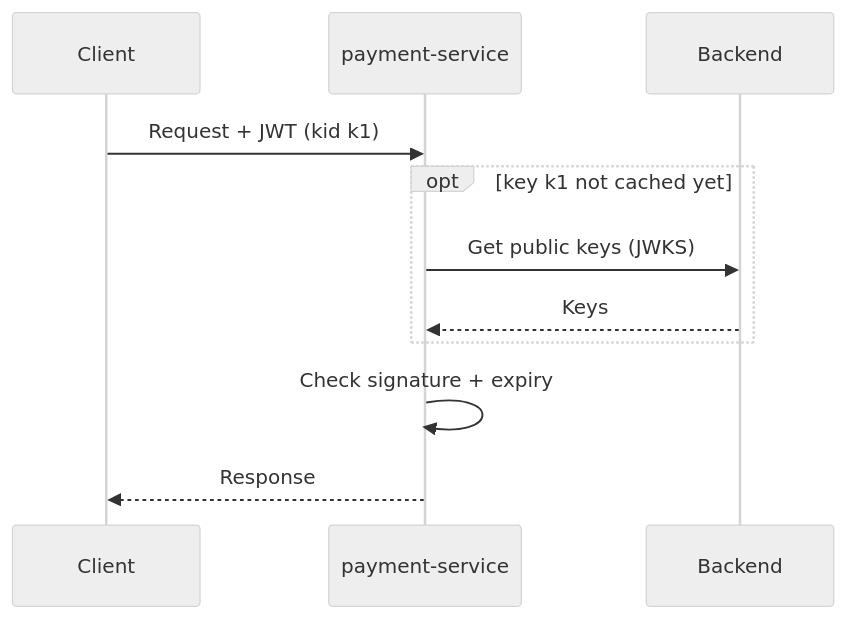
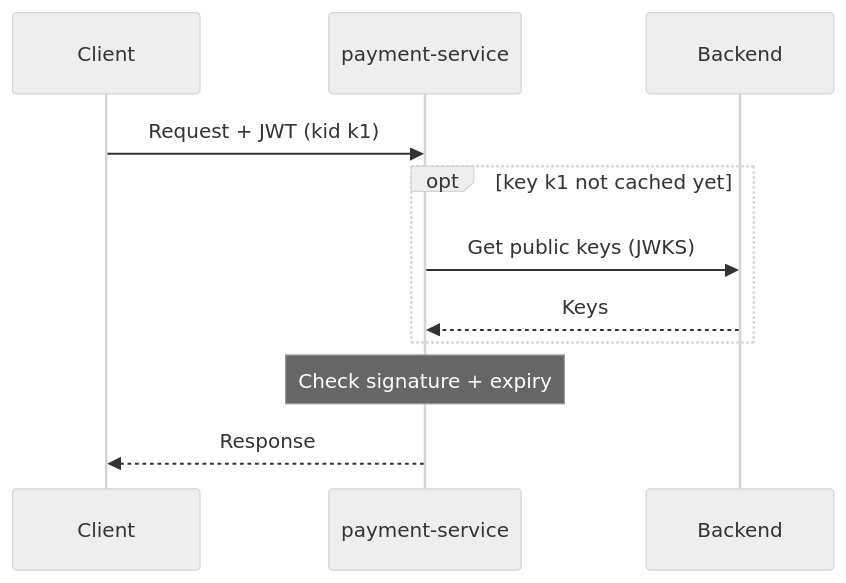
One commit to slawekradzyminski/awesome-localstack changed the diagram in docs-site/docs/architecture/auth.md. Above: the diagram before and after it, drawn with Mermaid (neutral theme). The commit also changed 19 other files, not shown here.

First line of the commit message:
Review every wiki diagram by eye and redraw the unclear ones

````diff
--- a/docs-site/docs/architecture/auth.md
+++ b/docs-site/docs/architecture/auth.md
@@ -34,13 +34,13 @@
 ```mermaid
 sequenceDiagram
     participant C as Client
     participant P as payment-service
     participant B as Backend
     C->>P: Request + JWT (kid k1)
     opt key k1 not cached yet
         P->>B: Get public keys (JWKS)
         B-->>P: Keys
     end
-    P->>P: Check signature + expiry
+    Note over P: Check signature + expiry
     P-->>C: Response
 ```
````
